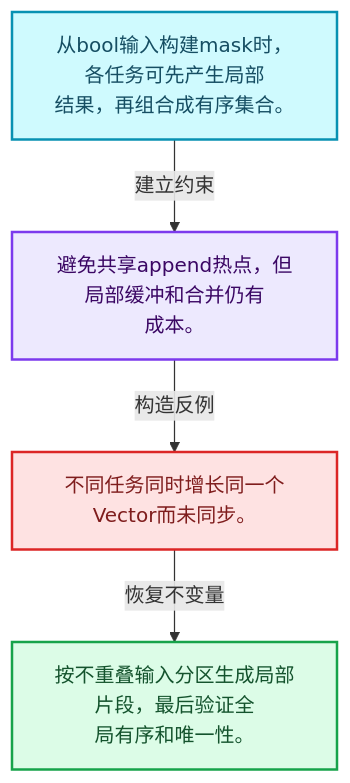
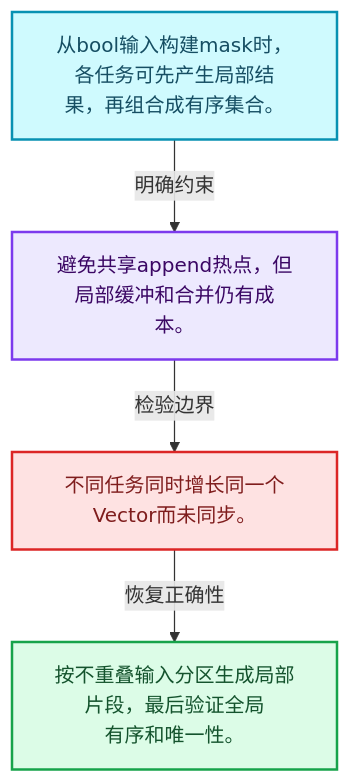
The first of 4 diagrams in 杂/markdown/全面学习-codex/04-虚拟数组与索引选择/10-IndexMask构建与并行.md (yunkezengren/blender-.vscode), drawn with Mermaid before and after one commit. The commit also changed other lines of this file and 1930 other files, not shown here.

````diff
--- a/杂/markdown/全面学习-codex/04-虚拟数组与索引选择/10-IndexMask构建与并行.md
+++ b/杂/markdown/全面学习-codex/04-虚拟数组与索引选择/10-IndexMask构建与并行.md
@@ -29,16 +29,16 @@
 ```mermaid
 flowchart TB
-  M["从bool输入构建mask时，各任务可先产生局部<br/>结果，再组合成有序集合。"]:::data
-  T["避免共享append热点，但局部缓冲和合并仍有<br/>成本。"]:::abstraction
-  X["不同任务同时增长同一个Vector而未同步。"]:::error
-  A["按不重叠输入分区生成局部片段，最后验证全<br/>局有序和唯一性。"]:::result
-  M -->|"建立约束"| T
-  T -->|"构造反例"| X
-  X -->|"恢复不变量"| A
+  M["从bool输入构建mask时，各任务可先产生局部结<br/>果，再组合成有序集合。"]:::data
+  C["避免共享append热点，但局部缓冲和合并仍有成<br/>本。"]:::abstraction
+  B["不同任务同时增长同一个Vector而未同步。"]:::error
+  R["按不重叠输入分区生成局部片段，最后验证全局<br/>有序和唯一性。"]:::result
+  M -->|"明确约束"| C
+  C -->|"检验边界"| B
+  B -->|"恢复正确性"| R
   classDef input fill:#DBEAFE,stroke:#2563EB,color:#172554,stroke-width:2px;
   classDef data fill:#CFFAFE,stroke:#0891B2,color:#164E63,stroke-width:2px;
   classDef abstraction fill:#EDE9FE,stroke:#7C3AED,color:#3B0764,stroke-width:2px;
   classDef compute fill:#FEF3C7,stroke:#D97706,color:#78350F,stroke-width:2px;
   classDef result fill:#DCFCE7,stroke:#16A34A,color:#14532D,stroke-width:2px;
   classDef error fill:#FEE2E2,stroke:#DC2626,color:#7F1D1D,stroke-width:2px;
 ```
````
